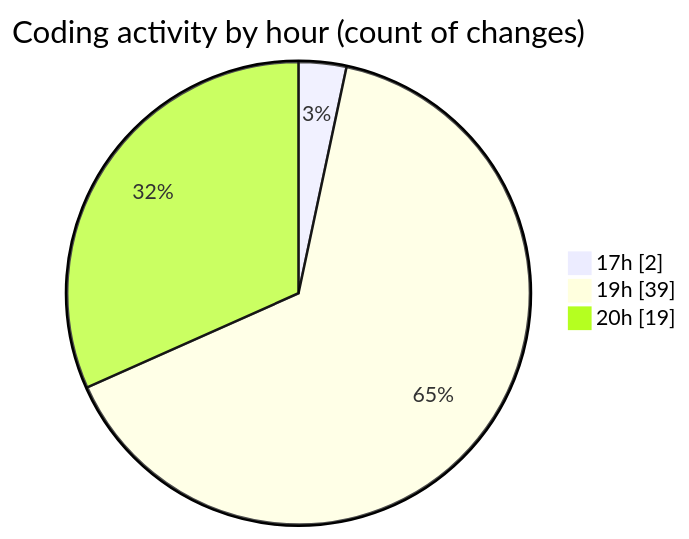
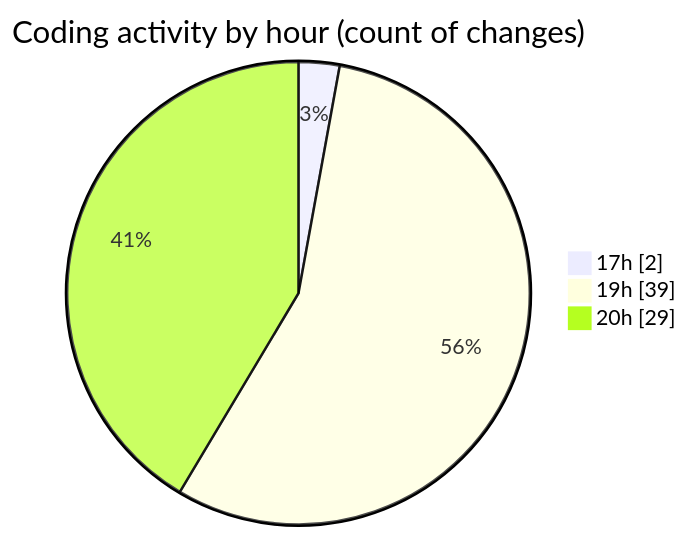
One commit to Netris89/code-tracking changed the second of 2 diagrams in 2025-10-21/skintrack/README.md. Above: the diagram before and after it, drawn with Mermaid. The commit also changed other lines of this file and 1 other file, not shown here.

````diff
--- a/2025-10-21/skintrack/README.md
+++ b/2025-10-21/skintrack/README.md
@@ -39,7 +40,7 @@
 ```mermaid
 pie showData
 title Coding activity by hour (count of changes)
 "17h" : 2
 "19h" : 39
-"20h" : 19
+"20h" : 29
 ```
````
